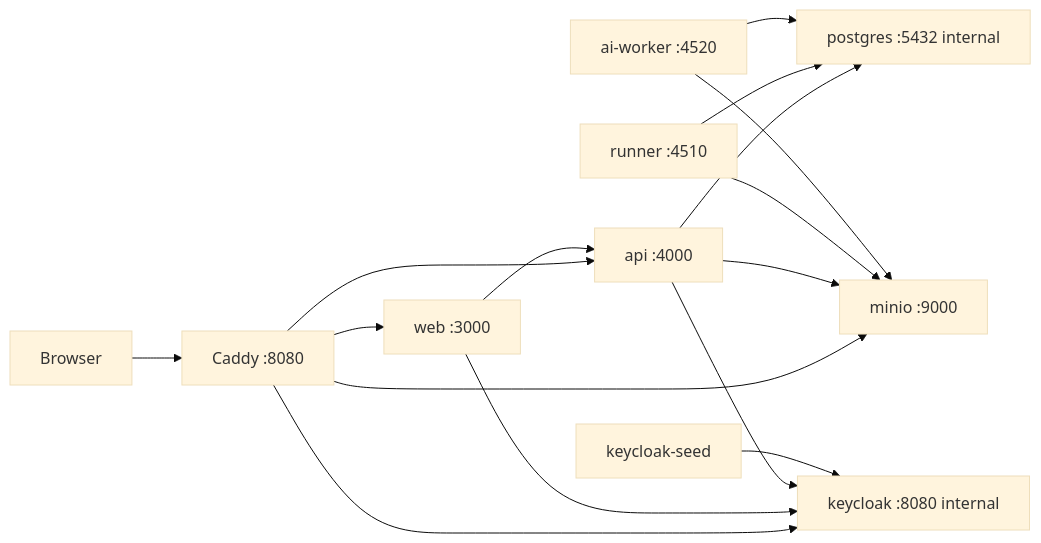
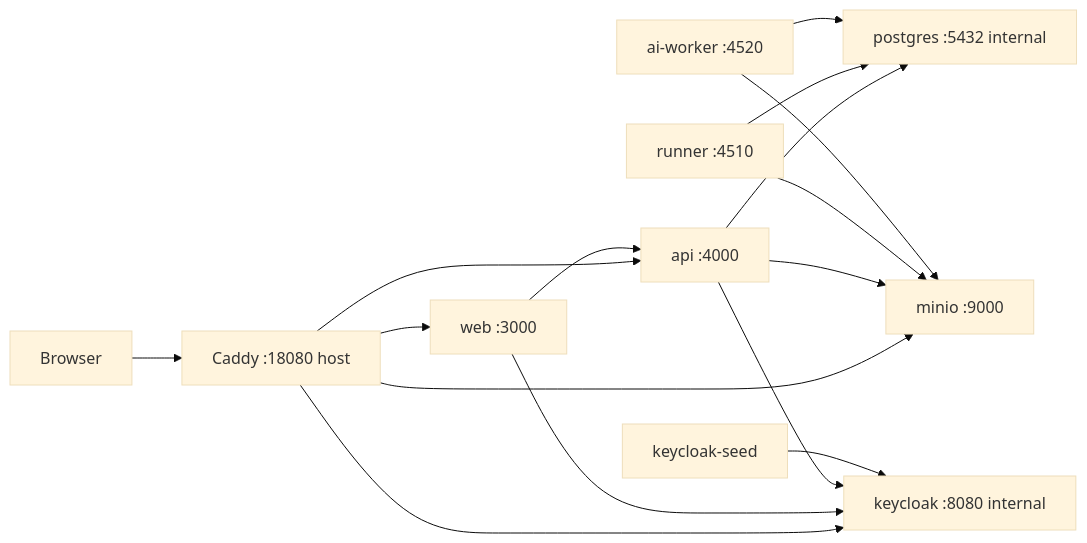
One commit to tinamk/SpecLens-Public changed the diagram in docs/architecture/local-dev-stack.md. Above: the diagram before and after it, drawn with Mermaid (base theme). The commit also changed other lines of this file and 10 other files, not shown here.

````diff
--- a/docs/architecture/local-dev-stack.md
+++ b/docs/architecture/local-dev-stack.md
@@ -7,30 +7,30 @@
 ```mermaid
 flowchart LR
   Browser[Browser]
-  Caddy[Caddy :8080]
+  Caddy[Caddy :18080 host]
   Web[web :3000]
   Api[api :4000]
   Keycloak[keycloak :8080 internal]
   Postgres[postgres :5432 internal]
   Minio[minio :9000]
   Runner[runner :4510]
   AiWorker[ai-worker :4520]
   Seed[keycloak-seed]
 
   Browser --> Caddy
   Caddy --> Web
   Caddy --> Api
   Caddy --> Keycloak
   Caddy --> Minio
 
   Web --> Api
   Web --> Keycloak
   Api --> Postgres
   Api --> Minio
   Api --> Keycloak
   Runner --> Postgres
   Runner --> Minio
   AiWorker --> Postgres
   AiWorker --> Minio
   Seed --> Keycloak
 ```
````
